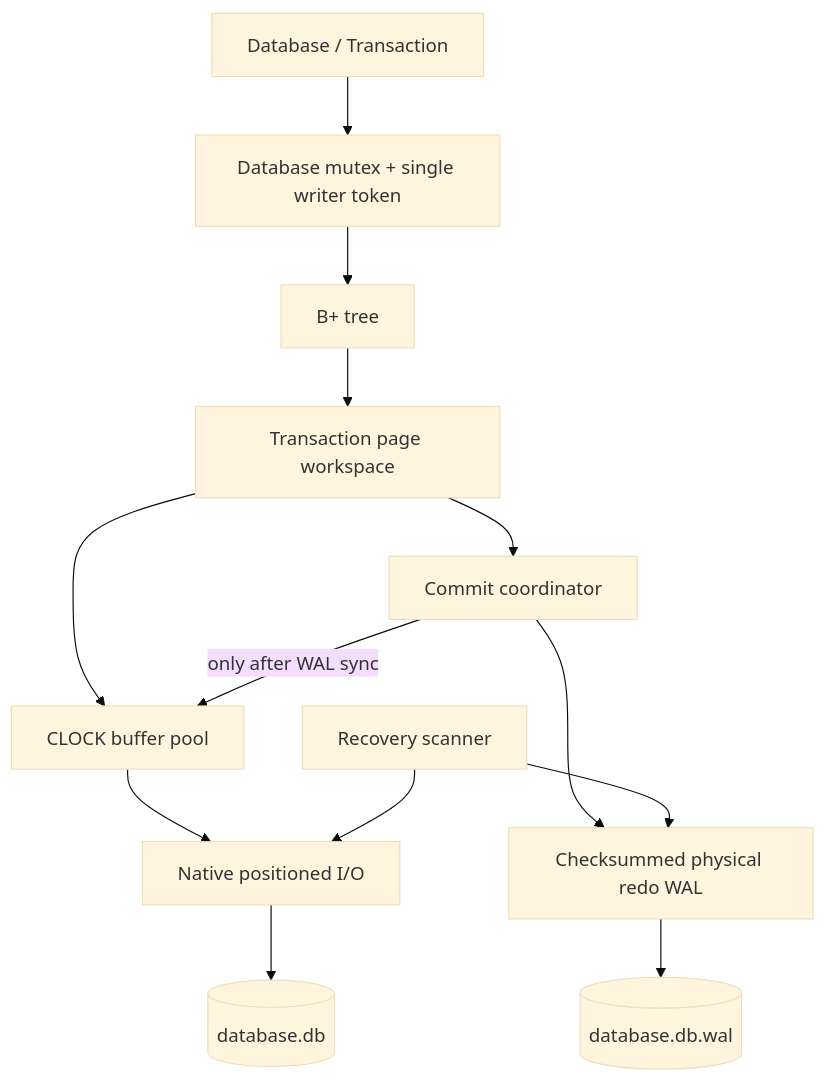
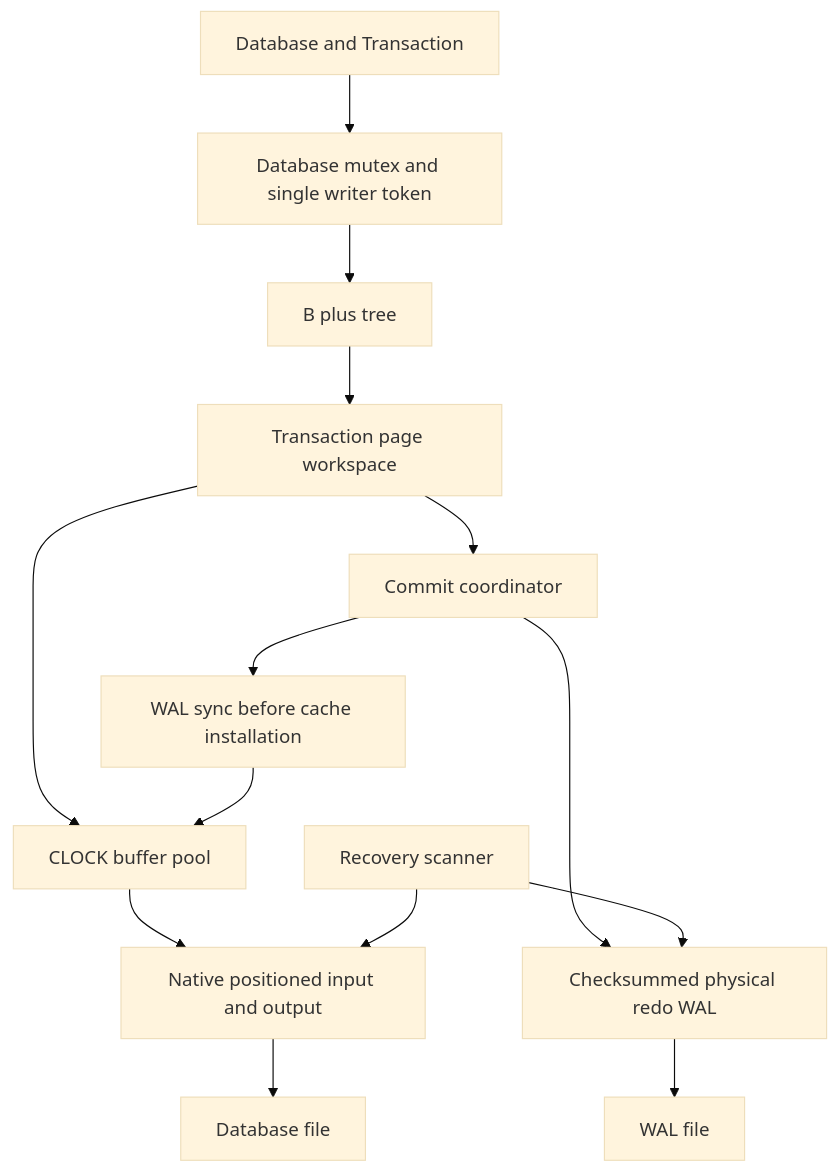
The diagram in docs/architecture.md (JakubOdyssey/AtlasDB), drawn with Mermaid (base theme) before and after one commit. The commit also changed 4 other files, not shown here.

Commit message:
Simplify Mermaid diagrams for GitHub rendering

````diff
--- a/docs/architecture.md
+++ b/docs/architecture.md
@@ -7,15 +7,28 @@
 ```mermaid
 flowchart TD
-    API["Database / Transaction"] --> Gate["Database mutex + single writer token"]
-    Gate --> Tree["B+ tree"]
-    Tree --> Overlay["Transaction page workspace"]
-    Overlay --> Cache["CLOCK buffer pool"]
-    Commit["Commit coordinator"] --> WAL["Checksummed physical redo WAL"]
-    Overlay --> Commit
-    WAL --> Log[("database.db.wal")]
-    Commit -->|"only after WAL sync"| Cache
-    Cache --> Disk["Native positioned I/O"]
-    Disk --> Data[("database.db")]
-    Recovery["Recovery scanner"] --> WAL
-    Recovery --> Disk
+    A["Database and Transaction"]
+    B["Database mutex and single writer token"]
+    C["B plus tree"]
+    D["Transaction page workspace"]
+    E["CLOCK buffer pool"]
+    F["Commit coordinator"]
+    G["Checksummed physical redo WAL"]
+    H["WAL file"]
+    I["WAL sync before cache installation"]
+    J["Native positioned input and output"]
+    K["Database file"]
+    L["Recovery scanner"]
+    A --> B
+    B --> C
+    C --> D
+    D --> E
+    D --> F
+    F --> G
+    G --> H
+    F --> I
+    I --> E
+    E --> J
+    J --> K
+    L --> G
+    L --> J
 ```
````
